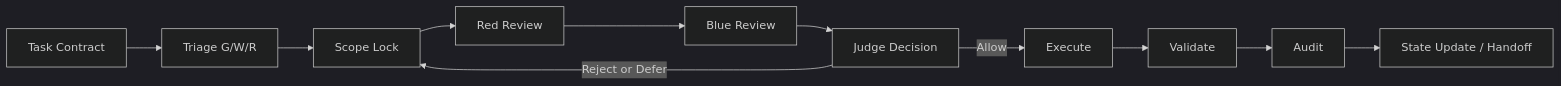
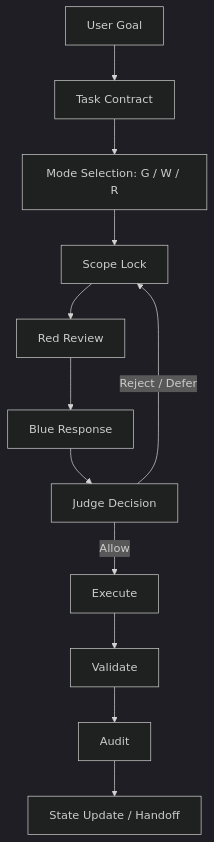
One commit to pigeon-flower/multi-thread-generative-governance-skill changed the eighth of 8 diagrams in README.md. Above: the diagram before and after it, drawn with Mermaid (dark theme). The commit also changed other lines of this file, not shown here.

Commit message:
Rewrite README with usage guidance and architecture diagrams

````diff
--- a/README.md
+++ b/README.md
@@ -142,13 +410,14 @@
 ```mermaid
-flowchart LR
-    A["Task Contract"] --> B["Triage G/W/R"]
-    B --> C["Scope Lock"]
-    C --> D["Red Review"]
-    D --> E["Blue Review"]
-    E --> F["Judge Decision"]
-    F -->|Allow| G["Execute"]
-    F -->|Reject or Defer| C
-    G --> H["Validate"]
-    H --> I["Audit"]
-    I --> J["State Update / Handoff"]
+flowchart TB
+    User["User Goal"] --> Contract["Task Contract"]
+    Contract --> Triage["Mode Selection: G / W / R"]
+    Triage --> Scope["Scope Lock"]
+    Scope --> Red["Red Review"]
+    Red --> Blue["Blue Response"]
+    Blue --> Judge["Judge Decision"]
+    Judge -->|Allow| Execute["Execute"]
+    Execute --> Validate["Validate"]
+    Validate --> Audit["Audit"]
+    Audit --> Handoff["State Update / Handoff"]
+    Judge -->|Reject / Defer| Scope
 ```
````
